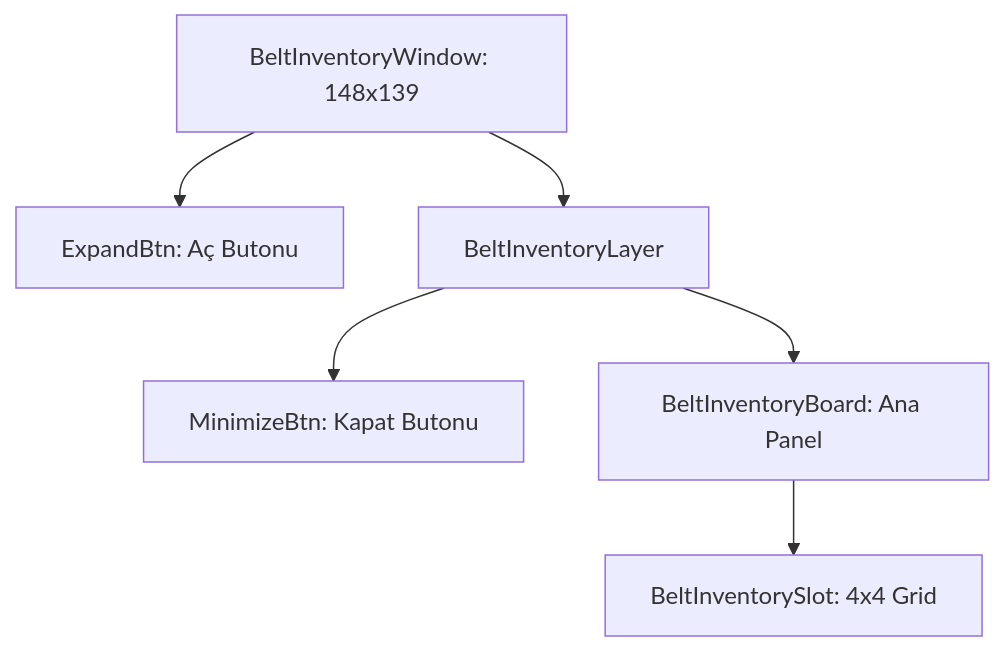
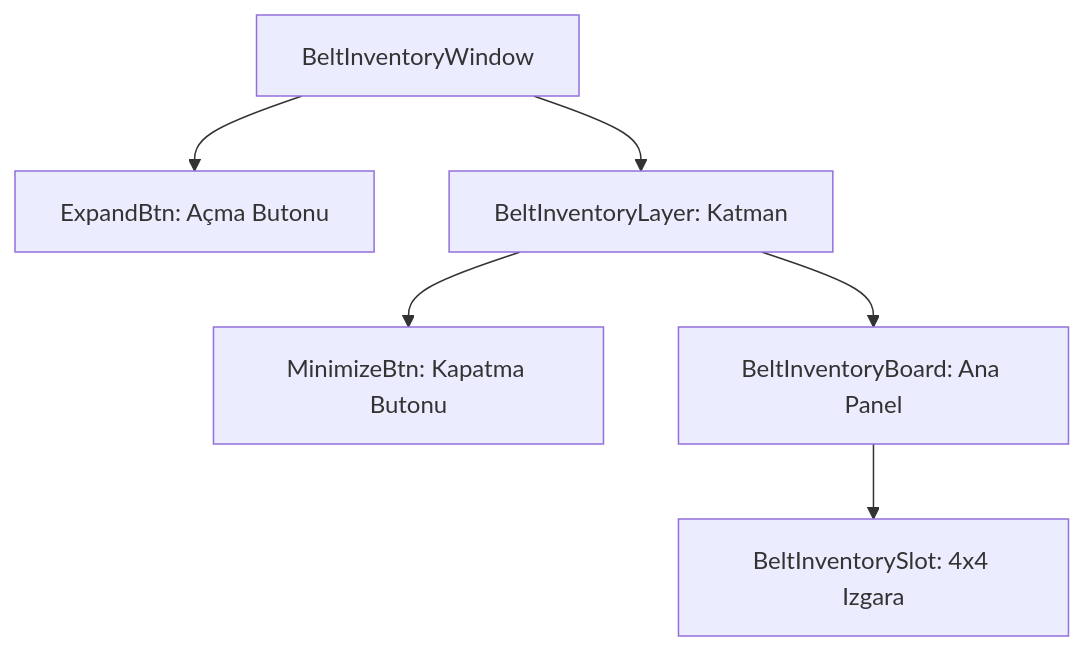
The diagram in uiscript/beltinventorywindow/skills.md (Engin622/Metin2-Pack-Agent-Skills), drawn with Mermaid before and after one commit. The commit also changed other lines of this file and 4 other files, not shown here.

Commit message:
Documentation update: Belt Inventory, Equipment View, Fishing Game, Game HUD, and Private Shop Builder

````diff
--- a/uiscript/beltinventorywindow/skills.md
+++ b/uiscript/beltinventorywindow/skills.md
@@ -39,8 +32,8 @@
 ```mermaid
 graph TD
-    A[BeltInventoryWindow: 148x139] --> B[ExpandBtn: Aç Butonu]
-    A --> C[BeltInventoryLayer]
-    C --> D[MinimizeBtn: Kapat Butonu]
+    A[BeltInventoryWindow] --> B[ExpandBtn: Açma Butonu]
+    A --> C[BeltInventoryLayer: Katman]
+    C --> D[MinimizeBtn: Kapatma Butonu]
     C --> E[BeltInventoryBoard: Ana Panel]
-    E --> F[BeltInventorySlot: 4x4 Grid]
+    E --> F[BeltInventorySlot: 4x4 Izgara]
 ```
````
